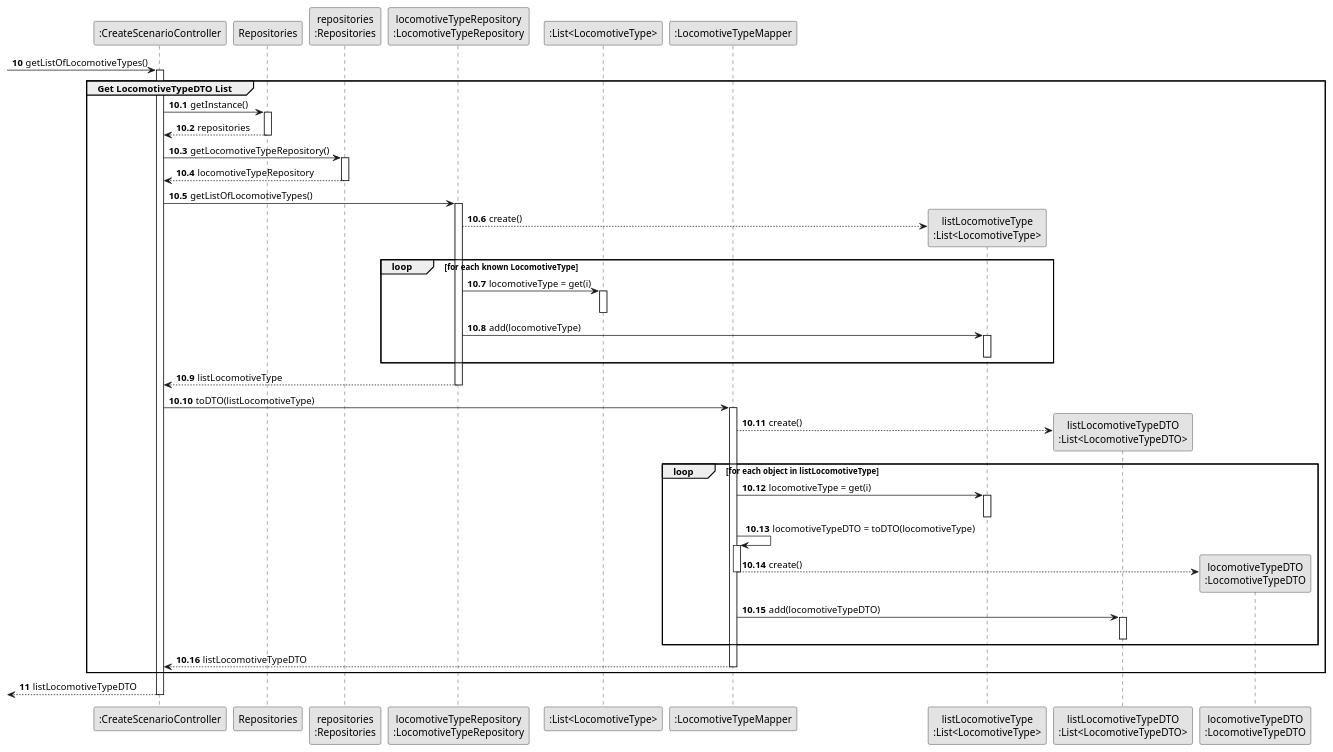
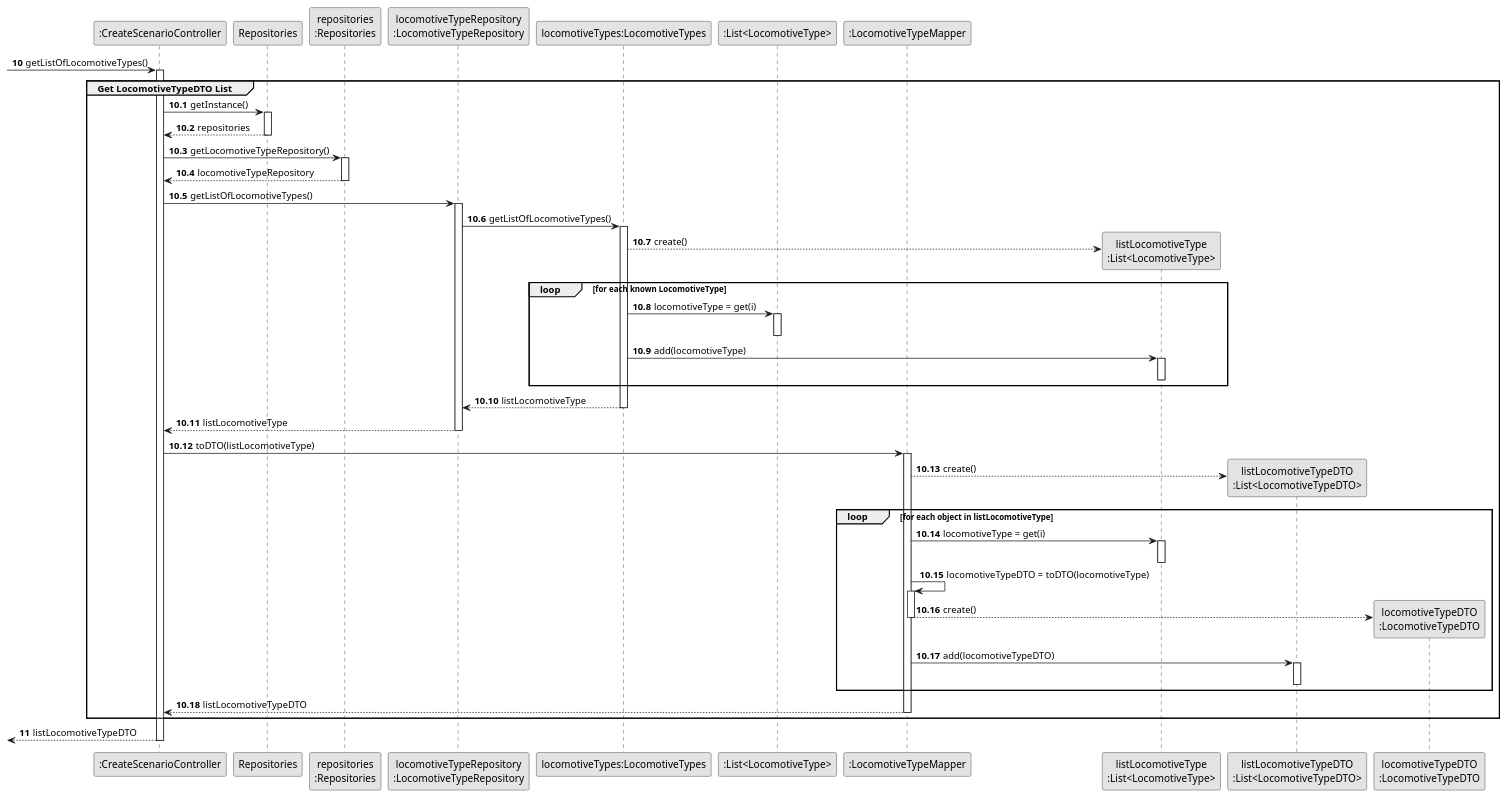
Before and after one commit to HenriqueSilva18/Railway-Network-Simulator: the diagram in docs/system-documentation/Sprint 3/US04/03.design/puml/US04-SD-partial-Get-LocomotiveTypeDTO-List.puml, drawn with PlantUML. The commit also changed 43 other files, not shown here.

```diff
--- a/docs/system-documentation/Sprint 3/US04/03.design/puml/US04-SD-partial-Get-LocomotiveTypeDTO-List.puml
+++ b/docs/system-documentation/Sprint 3/US04/03.design/puml/US04-SD-partial-Get-LocomotiveTypeDTO-List.puml
@@ -1,81 +1,91 @@
 @startuml
 skinparam monochrome true
 skinparam packageStyle rectangle
 skinparam shadowing false
 
 participant ":CreateScenarioController" as CTRL
 participant "Repositories" as REPOS
 participant "repositories\n:Repositories" as REPOS_SINGLETON
 participant "locomotiveTypeRepository\n:LocomotiveTypeRepository" as LOC_TYPE_REPO
+participant "locomotiveTypes:LocomotiveTypes" as LOC_TYPES
 participant ":List<LocomotiveType>" as LIST
 participant ":LocomotiveTypeMapper" as LOC_TYPE_MAPPER
 participant "listLocomotiveType\n:List<LocomotiveType>" as LOC_TYPE_LIST
 participant "listLocomotiveTypeDTO\n:List<LocomotiveTypeDTO>" as LOC_TYPE_LIST_DTO
 participant "locomotiveTypeDTO\n:LocomotiveTypeDTO" as LOC_TYPE_DTO
 
 autonumber 10
 -> CTRL: getListOfLocomotiveTypes()
 
 autonumber 10.1
 activate CTRL
     group Get LocomotiveTypeDTO List
 
         CTRL -> REPOS : getInstance()
         activate REPOS
             REPOS --> CTRL: repositories
         deactivate REPOS
 
         CTRL -> REPOS_SINGLETON: getLocomotiveTypeRepository()
         activate REPOS_SINGLETON
             REPOS_SINGLETON --> CTRL: locomotiveTypeRepository
         deactivate REPOS_SINGLETON
 
 
         CTRL -> LOC_TYPE_REPO: getListOfLocomotiveTypes()
         activate LOC_TYPE_REPO
-            LOC_TYPE_REPO --> LOC_TYPE_LIST**: create()
+
+        LOC_TYPE_REPO -> LOC_TYPES: getListOfLocomotiveTypes()
+        activate LOC_TYPES
+
+
+            LOC_TYPES --> LOC_TYPE_LIST**: create()
 
             loop for each known LocomotiveType
-                LOC_TYPE_REPO -> LIST: locomotiveType = get(i)
+                LOC_TYPES -> LIST: locomotiveType = get(i)
                 activate LIST
                     deactivate LIST
 
-                LOC_TYPE_REPO -> LOC_TYPE_LIST: add(locomotiveType)
+                LOC_TYPES -> LOC_TYPE_LIST: add(locomotiveType)
                 activate LOC_TYPE_LIST
                     deactivate LOC_TYPE_LIST
             end
+
+            LOC_TYPES --> LOC_TYPE_REPO: listLocomotiveType
+            deactivate LOC_TYPES
+
 
             LOC_TYPE_REPO --> CTRL: listLocomotiveType
             deactivate LOC_TYPE_REPO
 
         CTRL -> LOC_TYPE_MAPPER: toDTO(listLocomotiveType)
         activate LOC_TYPE_MAPPER
 
             LOC_TYPE_MAPPER --> LOC_TYPE_LIST_DTO**: create()
 
             loop for each object in listLocomotiveType
                 LOC_TYPE_MAPPER -> LOC_TYPE_LIST: locomotiveType = get(i)
                 activate LOC_TYPE_LIST
                     deactivate LOC_TYPE_LIST
 
                 LOC_TYPE_MAPPER -> LOC_TYPE_MAPPER: locomotiveTypeDTO = toDTO(locomotiveType)
                 activate LOC_TYPE_MAPPER
                     LOC_TYPE_MAPPER --> LOC_TYPE_DTO**: create()
                     deactivate LOC_TYPE_MAPPER
 
                 LOC_TYPE_MAPPER -> LOC_TYPE_LIST_DTO: add(locomotiveTypeDTO)
                 activate LOC_TYPE_LIST_DTO
                     deactivate LOC_TYPE_LIST_DTO
             end
 
         LOC_TYPE_MAPPER --> CTRL: listLocomotiveTypeDTO
         deactivate LOC_TYPE_MAPPER
 
     end
 
     autonumber 11
     <-- CTRL : listLocomotiveTypeDTO
 deactivate CTRL
 
 
 @enduml
```
